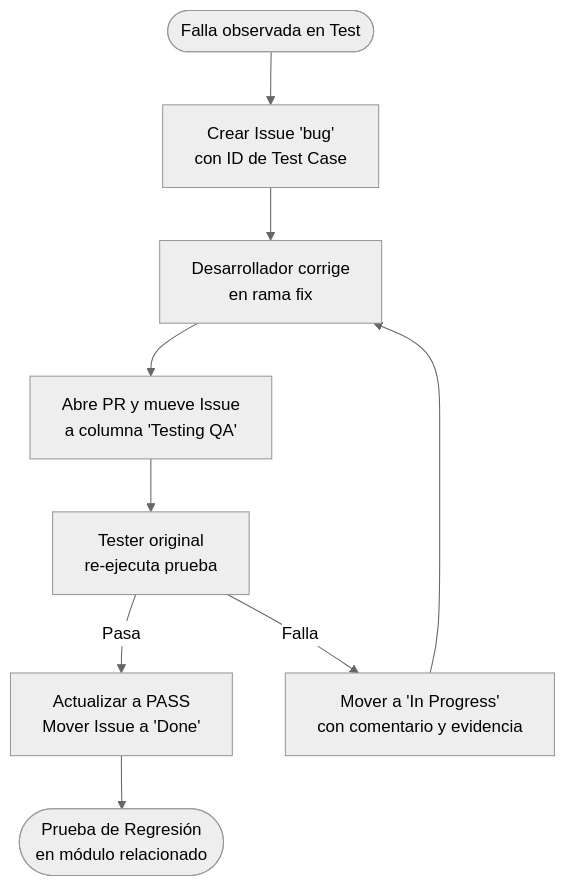
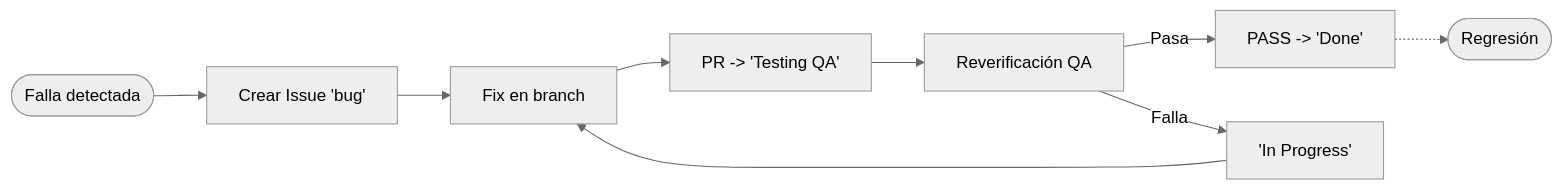
The first of 2 diagrams in docs/PLAN_DE_PRUEBAS.md (ISPC-WEB-2025/TodoStock-AppMovil), drawn with Mermaid (neutral theme) before and after one commit.

Commit message:
fix(TK80): optimizar orientación horizontal de diagrama de ciclo de vida de defectos
Cambia el flujo de gestión de defectos a orientación horizontal (LR) con nodos compactos para mejorar su legibilidad y evitar scroll vertical excesivo en el renderizado markdown.

Refs #69

````diff
--- a/docs/PLAN_DE_PRUEBAS.md
+++ b/docs/PLAN_DE_PRUEBAS.md
@@ -208,11 +208,11 @@
 ```mermaid
-flowchart TD
-    A([Falla observada en Test]) --> B[Crear Issue 'bug'<br/>con ID de Test Case]
-    B --> C[Desarrollador corrige<br/>en rama fix]
-    C --> D[Abre PR y mueve Issue<br/>a columna 'Testing QA']
-    D --> E[Tester original<br/>re-ejecuta prueba]
-    E -->|Pasa| F[Actualizar a PASS<br/>Mover Issue a 'Done']
-    E -->|Falla| G[Mover a 'In Progress'<br/>con comentario y evidencia]
+flowchart LR
+    A([Falla detectada]) --> B[Crear Issue 'bug']
+    B --> C[Fix en branch]
+    C --> D[PR -> 'Testing QA']
+    D --> E[Reverificación QA]
+    E -->|Pasa| F[PASS -> 'Done']
+    E -->|Falla| G['In Progress']
     G --> C
-    F --> H([Prueba de Regresión<br/>en módulo relacionado])
+    F -.-> H([Regresión])
 ```
````
